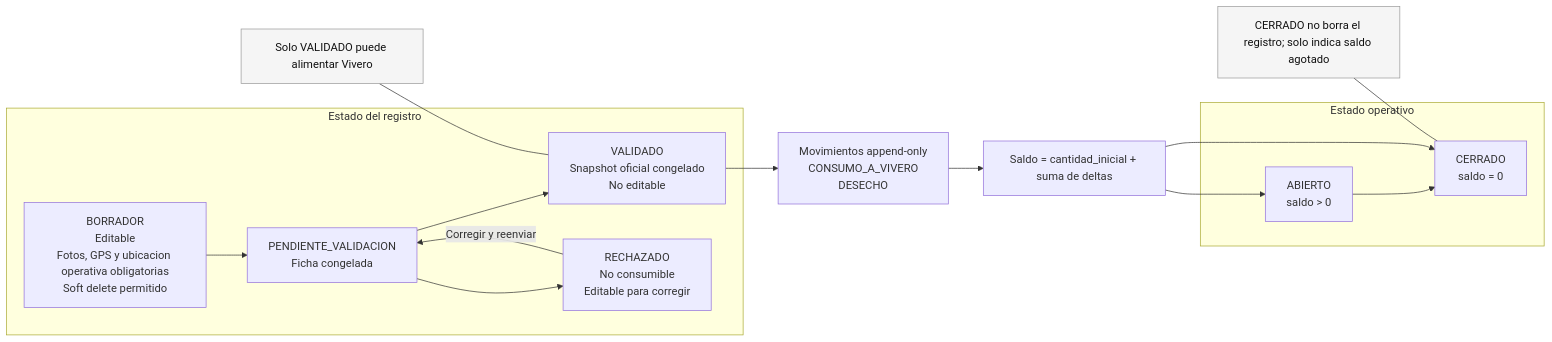
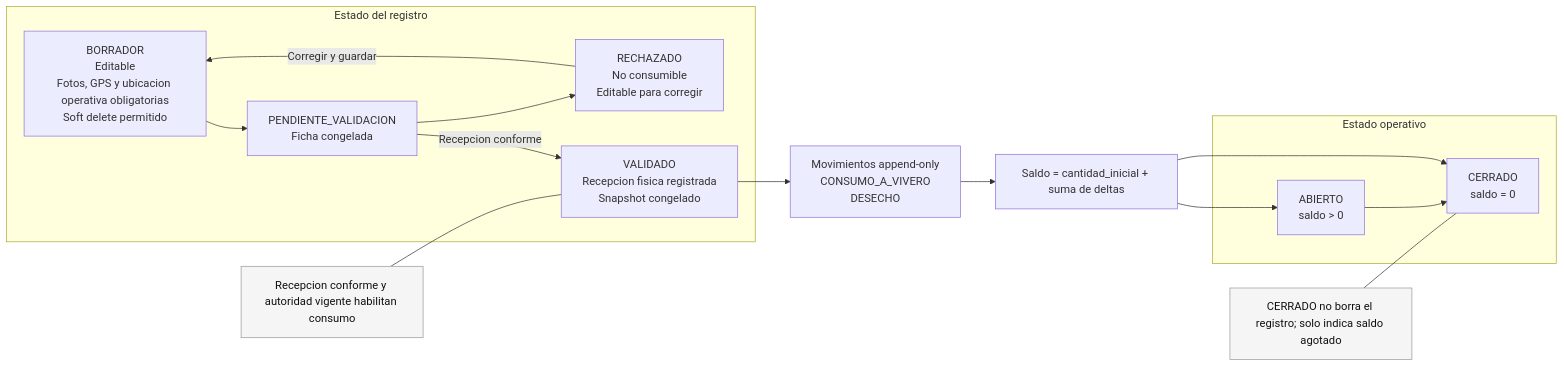
Before and after one commit to R3foresta/r3foresta-docs: the second of 2 diagrams in 01-recoleccion-module/02_flujo_operativo_recoleccion.md, drawn with Mermaid. The commit also changed other lines of this file and 49 other files, not shown here.

````diff
--- a/01-recoleccion-module/02_flujo_operativo_recoleccion.md
+++ b/01-recoleccion-module/02_flujo_operativo_recoleccion.md
@@ -224,26 +213,26 @@
 ```mermaid
 flowchart LR
   subgraph registro[Estado del registro]
     draft[BORRADOR<br/>Editable<br/>Fotos, GPS y ubicacion operativa obligatorias<br/>Soft delete permitido] --> pending[PENDIENTE_VALIDACION<br/>Ficha congelada]
-    pending --> validated[VALIDADO<br/>Snapshot oficial congelado<br/>No editable]
+    pending -- Recepcion conforme --> validated[VALIDADO<br/>Recepcion fisica registrada<br/>Snapshot congelado]
     pending --> rejected[RECHAZADO<br/>No consumible<br/>Editable para corregir]
-    rejected -- Corregir y reenviar --> pending
+    rejected -- Corregir y guardar --> draft
   end
 
   subgraph operativo[Estado operativo]
     opOpen[ABIERTO<br/>saldo > 0] --> opClosed[CERRADO<br/>saldo = 0]
   end
 
   validated --> movement[Movimientos append-only<br/>CONSUMO_A_VIVERO<br/>DESECHO]
   movement --> recalc[Saldo = cantidad_inicial + suma de deltas]
   recalc --> opOpen
   recalc --> opClosed
 
-  note1[Solo VALIDADO puede alimentar Vivero]:::note
+  note1[Recepcion conforme y autoridad vigente habilitan consumo]:::note
   note2[CERRADO no borra el registro; solo indica saldo agotado]:::note
 
   note1 --- validated
   note2 --- opClosed
 
   classDef note fill:#f5f5f5,stroke:#999,stroke-width:1px,color:#111;
 ```
````
